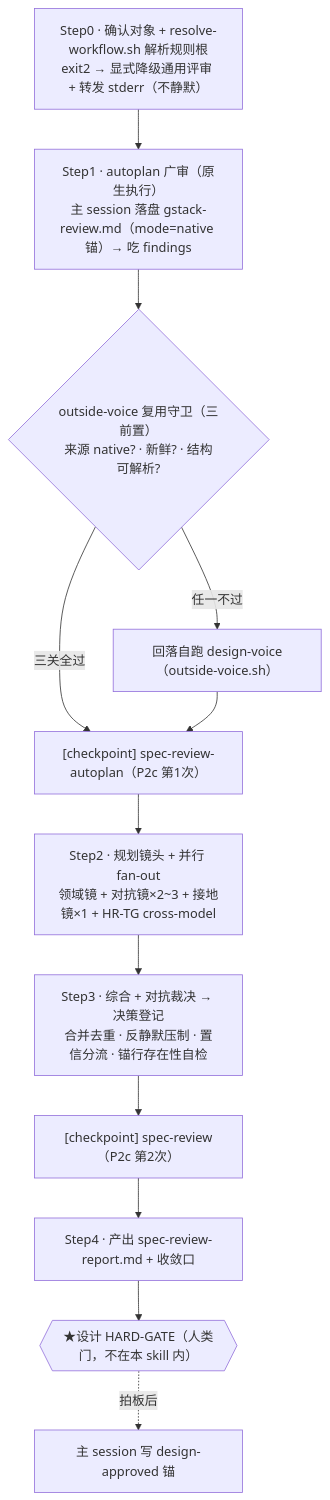
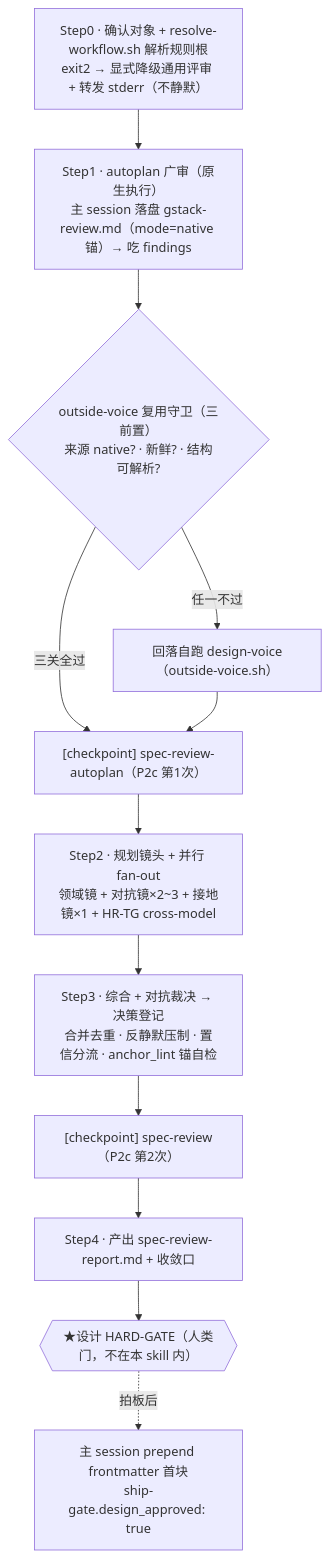
One commit to laodao-ai/sdflow-skills changed the diagram in docs/workflow-skills/sdflow-spec-review.md. Above: the diagram before and after it, drawn with Mermaid. The commit also changed other lines of this file and 5 other files, not shown here.

````diff
--- a/docs/workflow-skills/sdflow-spec-review.md
+++ b/docs/workflow-skills/sdflow-spec-review.md
@@ -27,18 +27,18 @@
 ```mermaid
 flowchart TD
     S0["Step0 · 确认对象 + resolve-workflow.sh 解析规则根<br/>exit2 → 显式降级通用评审 + 转发 stderr（不静默）"]
     S1["Step1 · autoplan 广审（原生执行）<br/>主 session 落盘 gstack-review.md（mode=native 锚）→ 吃 findings"]
     OVG{"outside-voice 复用守卫（三前置）<br/>来源 native? · 新鲜? · 结构可解析?"}
     OVS["回落自跑 design-voice（outside-voice.sh）"]
     CP1["[checkpoint] spec-review-autoplan（P2c 第1次）"]
     S2["Step2 · 规划镜头 + 并行 fan-out<br/>领域镜 + 对抗镜×2~3 + 接地镜×1 + HR-TG cross-model"]
-    S3["Step3 · 综合 + 对抗裁决 → 决策登记<br/>合并去重 · 反静默压制 · 置信分流 · 锚行存在性自检"]
+    S3["Step3 · 综合 + 对抗裁决 → 决策登记<br/>合并去重 · 反静默压制 · 置信分流 · anchor_lint 锚自检"]
     CP2["[checkpoint] spec-review（P2c 第2次）"]
     S4["Step4 · 产出 spec-review-report.md + 收敛口"]
     GATE{{"★设计 HARD-GATE（人类门，不在本 skill 内）"}}
     S0 --> S1 --> OVG
     OVG -->|三关全过| CP1
     OVG -->|任一不过| OVS --> CP1
     CP1 --> S2 --> S3 --> CP2 --> S4 --> GATE
-    GATE -.拍板后.-> ANCH["主 session 写 design-approved 锚"]
+    GATE -.拍板后.-> ANCH["主 session prepend frontmatter 首块<br/>ship-gate.design_approved: true"]
 ```
````
